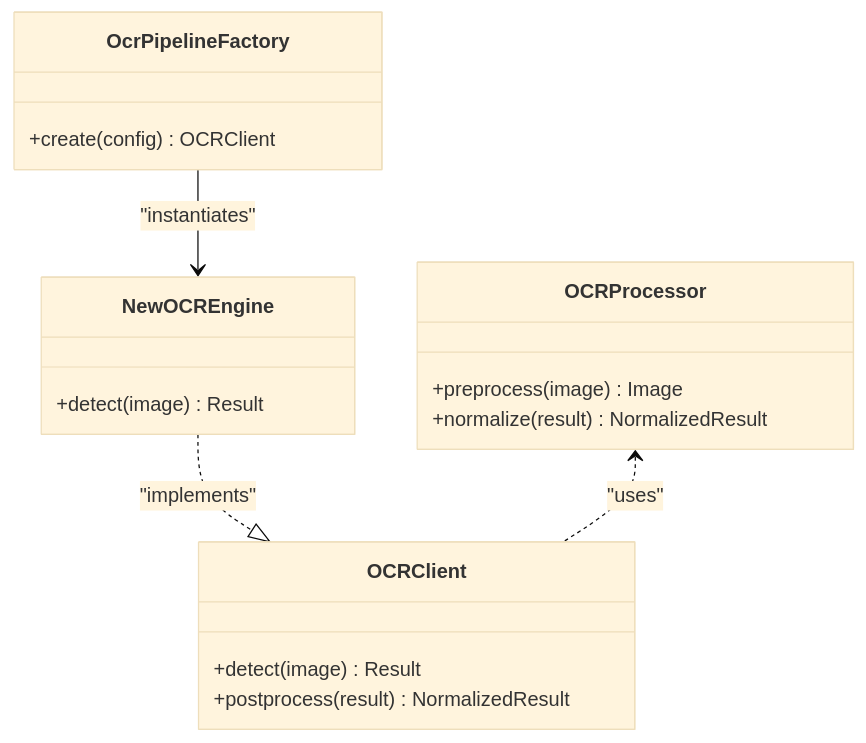
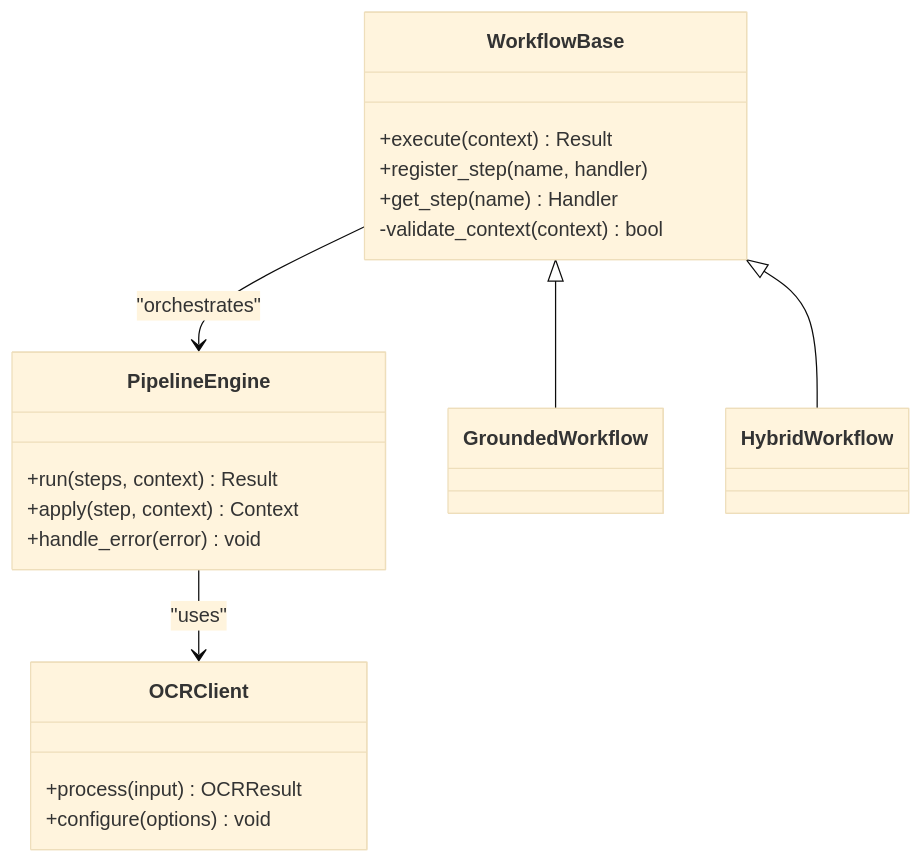
Before and after one commit to Sifr-r/LocalDeepL: the fourth of 7 diagrams in .qoder/repowiki/en/content/Developer Guide.md, drawn with Mermaid (base theme). The commit also changed other lines of this file and 246 other files, not shown here.

````diff
--- a/.qoder/repowiki/en/content/Developer Guide.md
+++ b/.qoder/repowiki/en/content/Developer Guide.md
@@ -272,20 +168,22 @@
 ```mermaid
 classDiagram
+class WorkflowBase {
++execute(context) Result
++register_step(name, handler)
++get_step(name) Handler
+-validate_context(context) bool
+}
+class PipelineEngine {
++run(steps, context) Result
++apply(step, context) Context
++handle_error(error) void
+}
 class OCRClient {
-+detect(image) Result
-+postprocess(result) NormalizedResult
++process(input) OCRResult
++configure(options) void
 }
-class OCRProcessor {
-+preprocess(image) Image
-+normalize(result) NormalizedResult
-}
-class OcrPipelineFactory {
-+create(config) OCRClient
-}
-class NewOCREngine {
-+detect(image) Result
-}
-OcrPipelineFactory --> NewOCREngine : "instantiates"
-NewOCREngine ..|> OCRClient : "implements"
-OCRProcessor <.. OCRClient : "uses"
+WorkflowBase <|-- GroundedWorkflow
+WorkflowBase <|-- HybridWorkflow
+PipelineEngine --> OCRClient : "uses"
+WorkflowBase --> PipelineEngine : "orchestrates"
 ```
````
